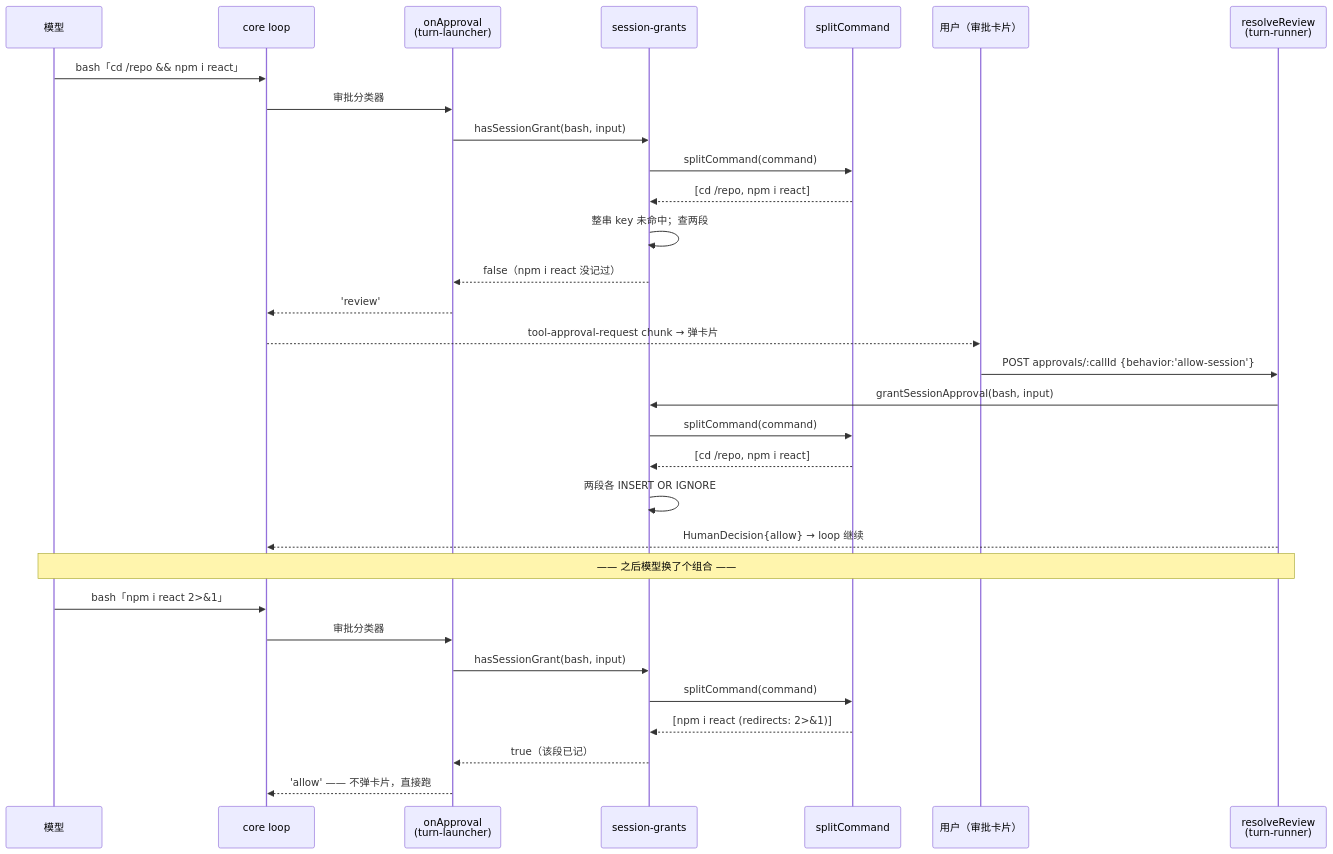
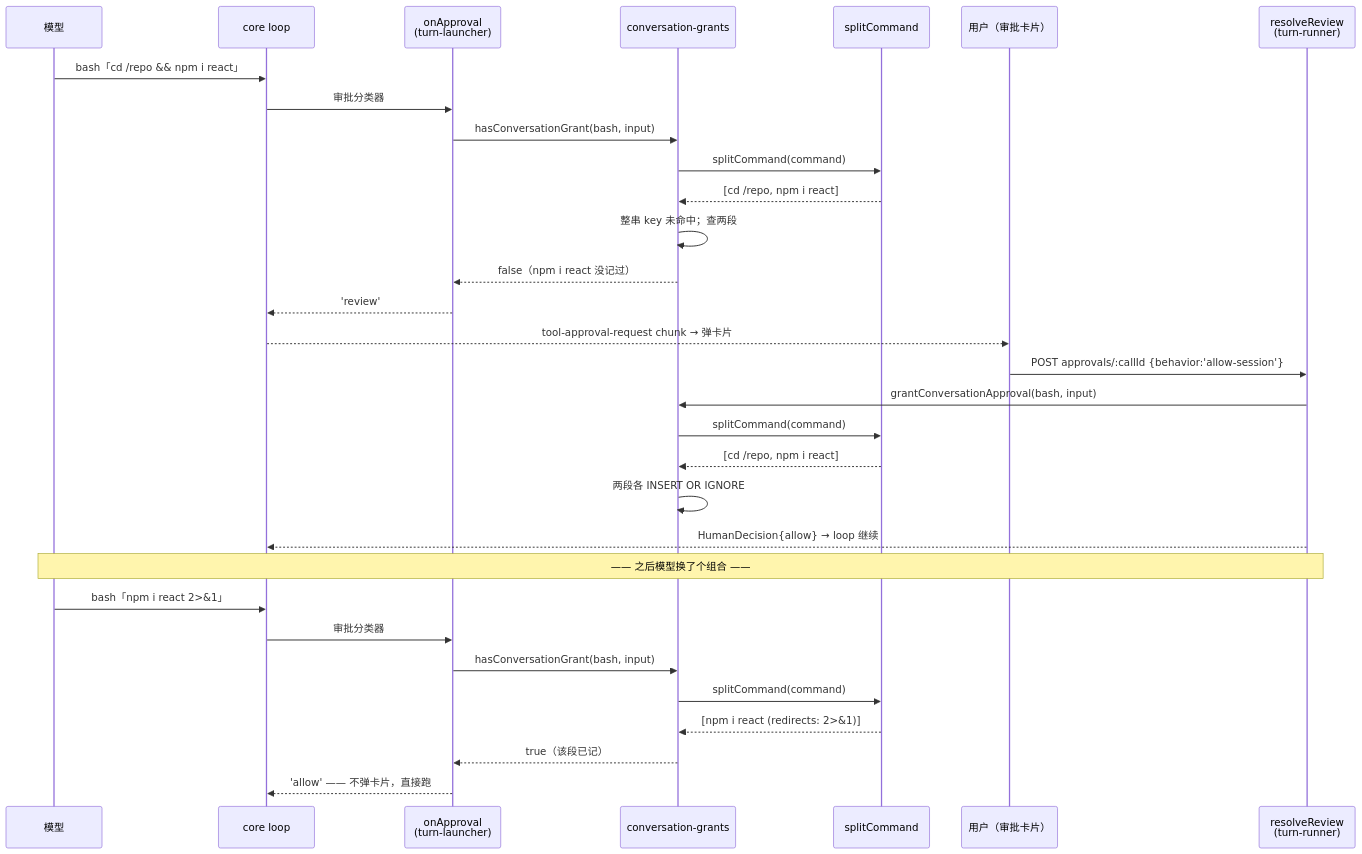
One commit to ludafa/runko changed the second of 2 diagrams in docs/logic/engine/tech/approval-grant-split.md. Above: the diagram before and after it, drawn with Mermaid. The commit also changed other lines of this file and 20 other files, not shown here.

````diff
--- a/docs/logic/engine/tech/approval-grant-split.md
+++ b/docs/logic/engine/tech/approval-grant-split.md
@@ -172,36 +172,36 @@
 ```mermaid
 sequenceDiagram
     participant M as 模型
     participant L as core loop
     participant C as onApproval<br/>(turn-launcher)
-    participant G as session-grants
+    participant G as conversation-grants
     participant S as splitCommand
     participant H as 用户（审批卡片）
     participant R as resolveReview<br/>(turn-runner)
 
     M->>L: bash「cd /repo && npm i react」
     L->>C: 审批分类器
-    C->>G: hasSessionGrant(bash, input)
+    C->>G: hasConversationGrant(bash, input)
     G->>S: splitCommand(command)
     S-->>G: [cd /repo, npm i react]
     G->>G: 整串 key 未命中；查两段
     G-->>C: false（npm i react 没记过）
     C-->>L: 'review'
     L-->>H: tool-approval-request chunk → 弹卡片
     H->>R: POST approvals/:callId {behavior:'allow-session'}
-    R->>G: grantSessionApproval(bash, input)
+    R->>G: grantConversationApproval(bash, input)
     G->>S: splitCommand(command)
     S-->>G: [cd /repo, npm i react]
     G->>G: 两段各 INSERT OR IGNORE
     R-->>L: HumanDecision{allow} → loop 继续
 
     Note over M,R: —— 之后模型换了个组合 ——
 
     M->>L: bash「npm i react 2>&1」
     L->>C: 审批分类器
-    C->>G: hasSessionGrant(bash, input)
+    C->>G: hasConversationGrant(bash, input)
     G->>S: splitCommand(command)
     S-->>G: [npm i react (redirects: 2>&1)]
     G-->>C: true（该段已记）
     C-->>L: 'allow' —— 不弹卡片，直接跑
 ```
````
